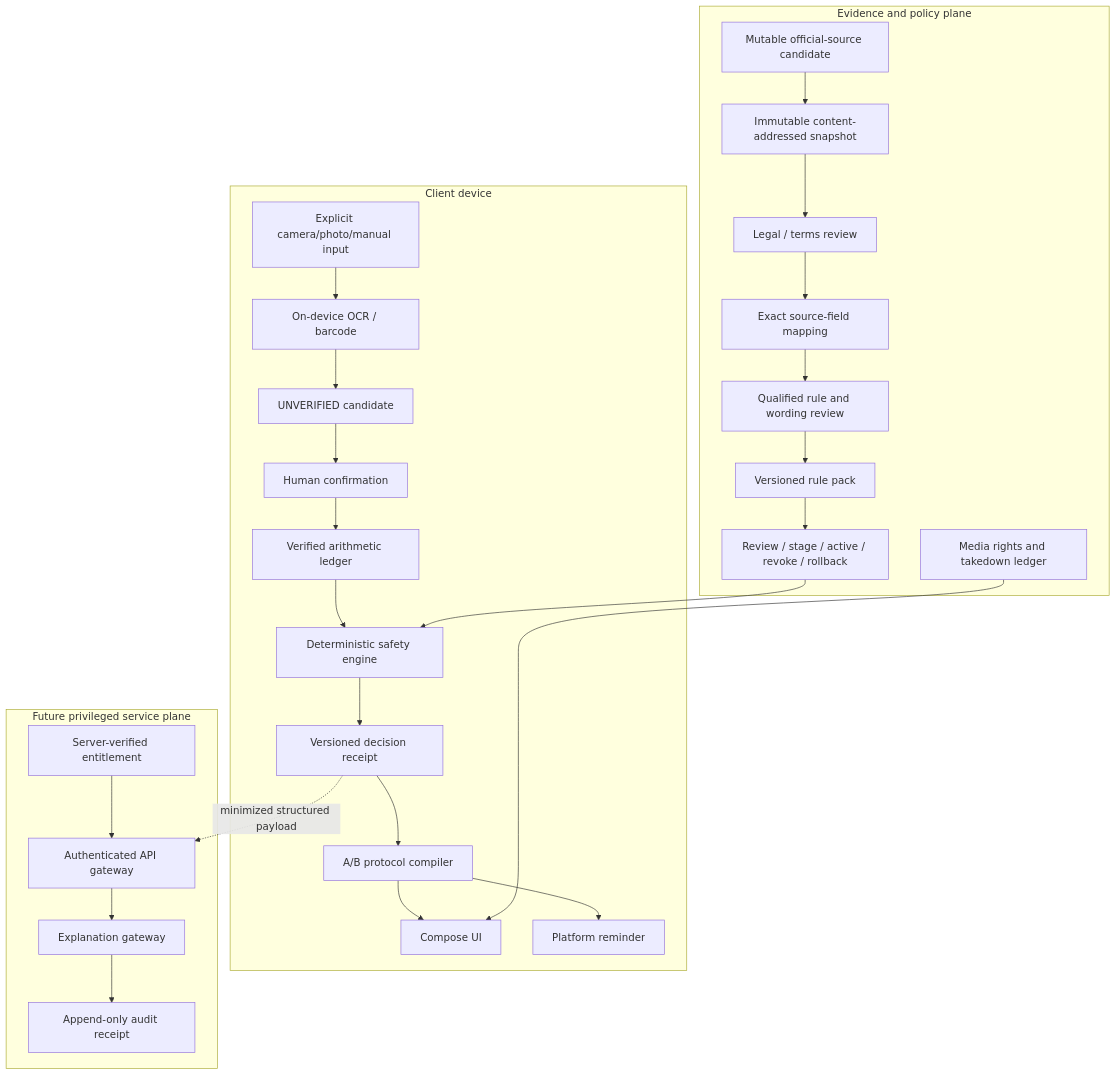
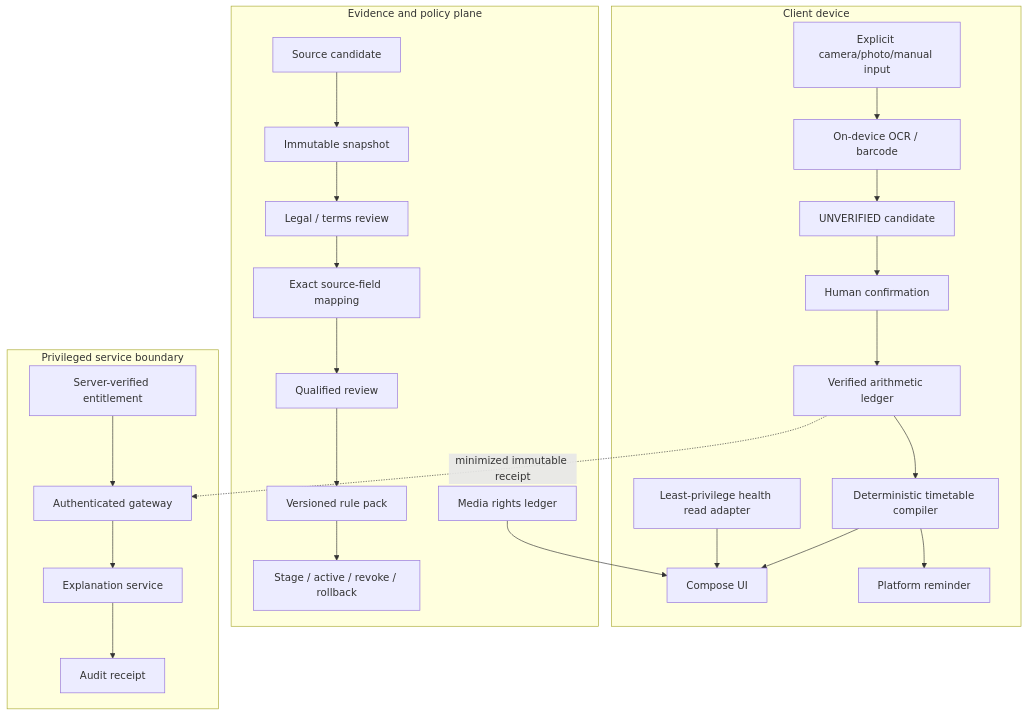
Before and after one commit to ed3c/gym-come-true: the first of 4 diagrams in docs/architecture.md, drawn with Mermaid. The commit also changed other lines of this file, not shown here.

Commit message:
docs: reconcile architecture platform authority

````diff
--- a/docs/architecture.md
+++ b/docs/architecture.md
@@ -107,42 +88,40 @@
 ```mermaid
 flowchart TB
     subgraph Device[Client device]
       Capture[Explicit camera/photo/manual input]
       OCR[On-device OCR / barcode]
       Candidate[UNVERIFIED candidate]
       Confirm[Human confirmation]
       Ledger[Verified arithmetic ledger]
-      Safety[Deterministic safety engine]
-      Receipt[Versioned decision receipt]
-      Protocol[A/B protocol compiler]
+      Protocol[Deterministic timetable compiler]
       UI[Compose UI]
       Reminder[Platform reminder]
+      Health[Least-privilege health read adapter]
     end
 
     subgraph Evidence[Evidence and policy plane]
-      SourceCandidate[Mutable official-source candidate]
-      SourceSnapshot[Immutable content-addressed snapshot]
+      SourceCandidate[Source candidate]
+      SourceSnapshot[Immutable snapshot]
       LegalReview[Legal / terms review]
       Mapping[Exact source-field mapping]
-      QualifiedReview[Qualified rule and wording review]
+      QualifiedReview[Qualified review]
       RulePack[Versioned rule pack]
-      ReleaseState[Review / stage / active / revoke / rollback]
-      MediaLedger[Media rights and takedown ledger]
+      ReleaseState[Stage / active / revoke / rollback]
+      MediaLedger[Media rights ledger]
     end
 
-    subgraph FutureServer[Future privileged service plane]
-      Gateway[Authenticated API gateway]
-      Explanation[Explanation gateway]
+    subgraph Privileged[Privileged service boundary]
+      Gateway[Authenticated gateway]
+      Explanation[Explanation service]
       Entitlement[Server-verified entitlement]
-      Audit[Append-only audit receipt]
+      Audit[Audit receipt]
     end
 
-    Capture --> OCR --> Candidate --> Confirm --> Ledger --> Safety --> Receipt --> Protocol --> UI
+    Capture --> OCR --> Candidate --> Confirm --> Ledger --> Protocol --> UI
     Protocol --> Reminder
-
-    SourceCandidate --> SourceSnapshot --> LegalReview --> Mapping --> QualifiedReview --> RulePack --> ReleaseState --> Safety
+    Health --> UI
+    SourceCandidate --> SourceSnapshot --> LegalReview --> Mapping --> QualifiedReview --> RulePack --> ReleaseState
     MediaLedger --> UI
-
-    Receipt -. minimized structured payload .-> Gateway --> Explanation --> Audit
+    Ledger -. minimized immutable receipt .-> Gateway --> Explanation --> Audit
     Entitlement --> Gateway
 ```
````
